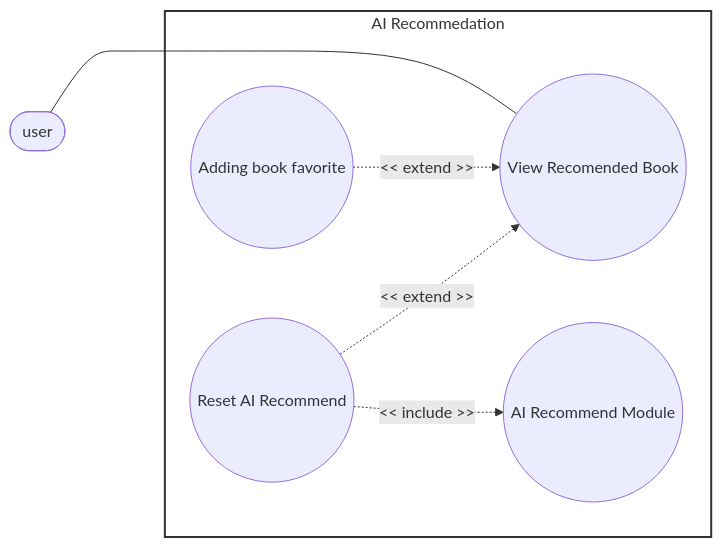
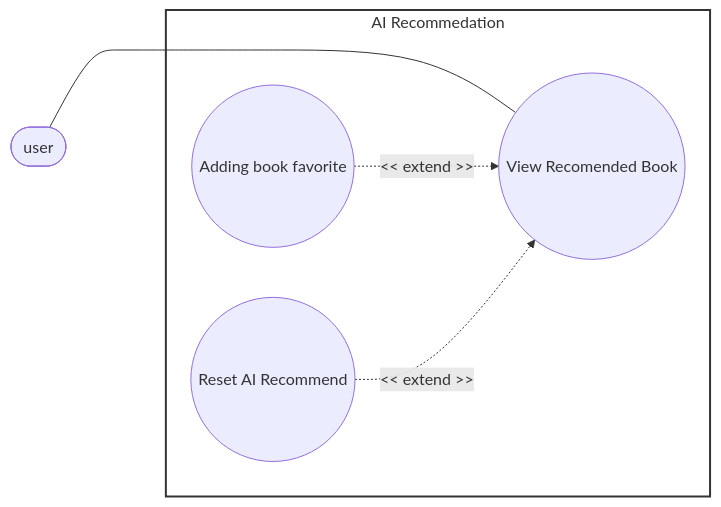
One commit to DuyNhat1705/AmeThyst-Library changed the seventh of 9 diagrams in docs/management/PA3/Use-CaseDiagram.md. Above: the diagram before and after it, drawn with Mermaid. The commit also changed other lines of this file and 56 other files, not shown here.

Commit message:
rename uc diagram file and uc spec file

````diff
--- a/docs/management/PA3/Use-CaseDiagram.md
+++ b/docs/management/PA3/Use-CaseDiagram.md
@@ -309,16 +310,14 @@
 ```mermaid
 flowchart LR
  subgraph AIRecommendation["AI Recommedation"]
         UC1(("Adding book favorite"))
         UC2(("View Recomended Book"))
         UC3(("Reset AI Recommend"))
-        UC4(("AI Recommend Module"))
   end
     ActorUser(["user"]) ~~~~ AIRecommendation 
     ActorUser(["user"]) --- UC2
     UC1 -. &lt;&lt; extend &gt;&gt; .-> UC2
     UC3 -. &lt;&lt; extend &gt;&gt; .-> UC2
-    UC3 -. &lt;&lt; include &gt;&gt; .-> UC4
 
     style AIRecommendation fill:#fff,stroke:#333,stroke-width:2px
 ```
````
